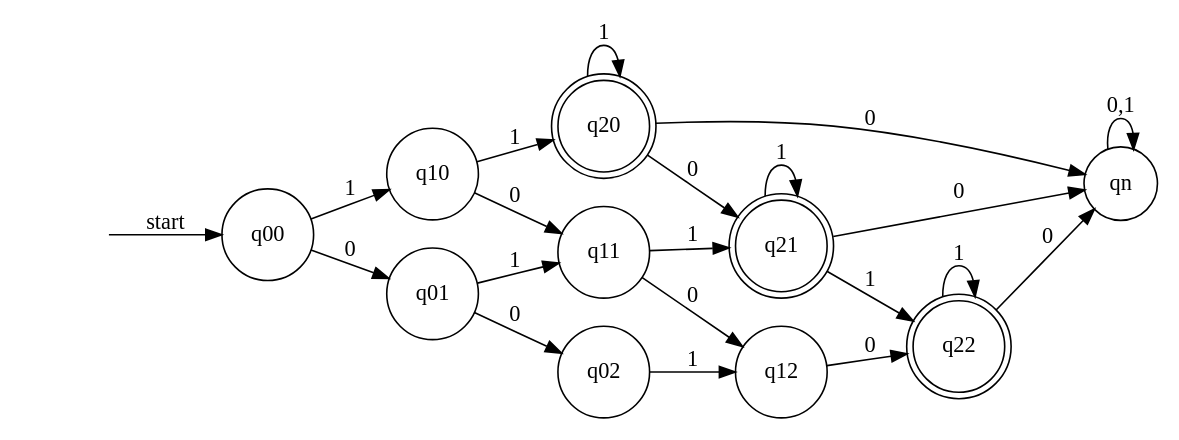
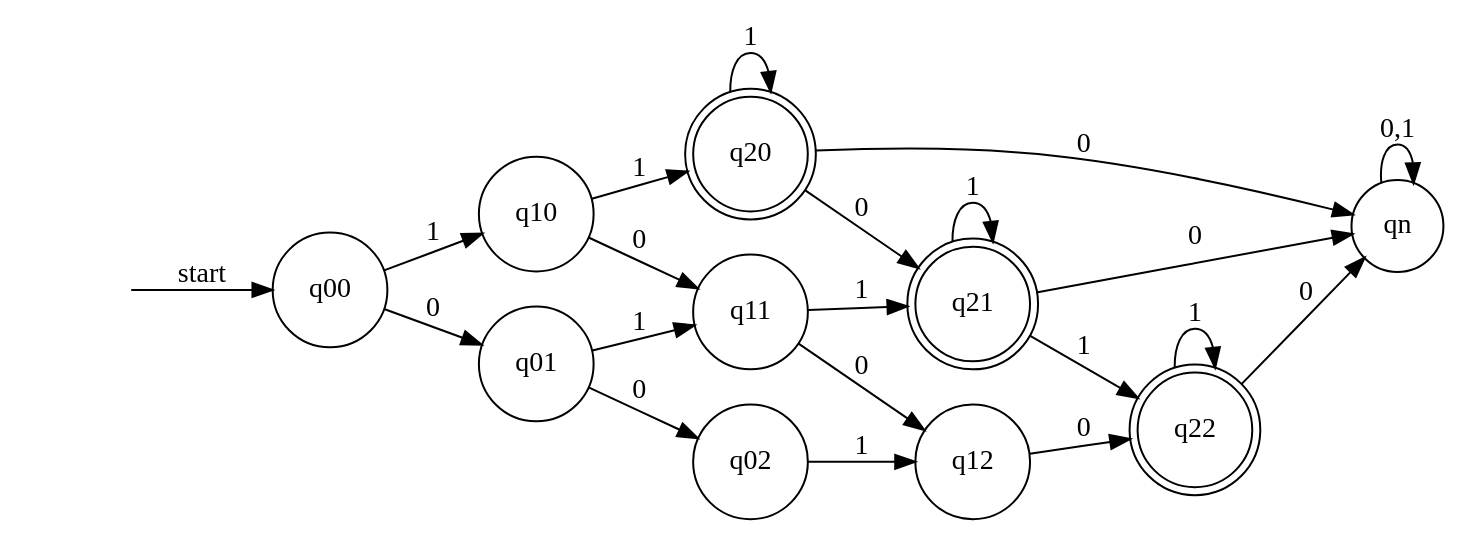
Before and after one commit to x06lan/mdbook: the fourth of 13 diagrams in src/math/formal-language/hw1.md, drawn with Graphviz. The commit also changed other lines of this file and 4 other files, not shown here.

````diff
--- a/src/math/formal-language/hw1.md
+++ b/src/math/formal-language/hw1.md
@@ -73,44 +73,41 @@
 ```dot process
 digraph finite_state_machine {
     rankdir=LR;
-    size="8,5"
+    size="100,100"
 
 
     node [shape = doublecircle]; q20,q21,q22;
     node [shape=plaintext] s;
     s [label=""];
     node [shape = circle];
     s  -> q00 [ label = "start" ];
     q00 -> q10 [ label = "1" ];//1 0
     q10 -> q20 [ label = "1" ];//2 0
     q20 -> q20 [ label = "1" ];
 
     q00 -> q01 [ label = "0" ];//0 1
     q01 -> q02 [ label = "0" ];//0 2
 
 
     q10 -> q11 [ label = "0" ];//1 1
     q01 -> q11 [ label = "1" ];
 
     q20 -> q21 [ label = "0" ];//2 1
     q11 -> q21 [ label = "1" ];
     q21 -> q21 [ label = "1" ];
 
 
     q02 -> q12 [ label = "1" ];//1 2
     q11 -> q12 [ label = "0" ];
 
     q21 -> q22 [ label = "1" ];//2 2
     q12 -> q22 [ label = "0" ];
     q22 -> q22 [ label = "1" ];
 
     q20 -> qn [ label = "0" ];
     q21 -> qn [ label = "0" ];
     q22 -> qn [ label = "0" ];
 
     qn -> qn [ label = "0,1" ];
-
-
-
 }
 ```
````
